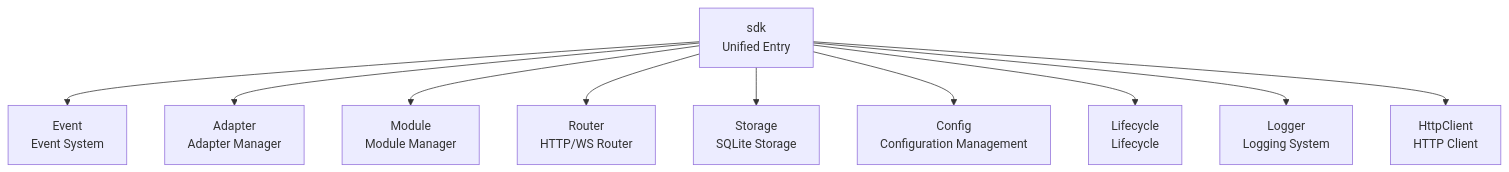
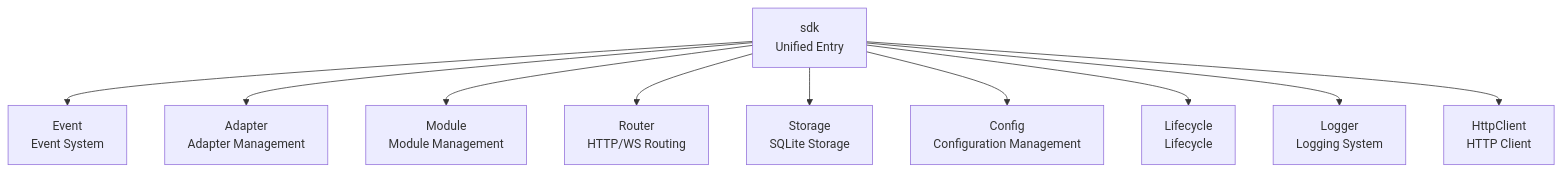
The second of 2 diagrams in README.md (ErisPulse/ErisPulse), drawn with Mermaid before and after one commit. The commit also changed other lines of this file and 7 other files, not shown here.

````diff
--- a/README.md
+++ b/README.md
@@ -507,14 +506,14 @@
 ```mermaid
 graph TB
     SDK["sdk<br/>Unified Entry"]
 
     SDK --> Event["Event<br/>Event System"]
-    SDK --> AdapterMgr["Adapter<br/>Adapter Manager"]
-    SDK --> ModuleMgr["Module<br/>Module Manager"]
-    SDK --> Router["Router<br/>HTTP/WS Router"]
+    SDK --> AdapterMgr["Adapter<br/>Adapter Management"]
+    SDK --> ModuleMgr["Module<br/>Module Management"]
+    SDK --> Router["Router<br/>HTTP/WS Routing"]
     SDK --> Storage["Storage<br/>SQLite Storage"]
     SDK --> Config["Config<br/>Configuration Management"]
     SDK --> Lifecycle["Lifecycle<br/>Lifecycle"]
     SDK --> Logger["Logger<br/>Logging System"]
     SDK --> Client["HttpClient<br/>HTTP Client"]
 ```
````
